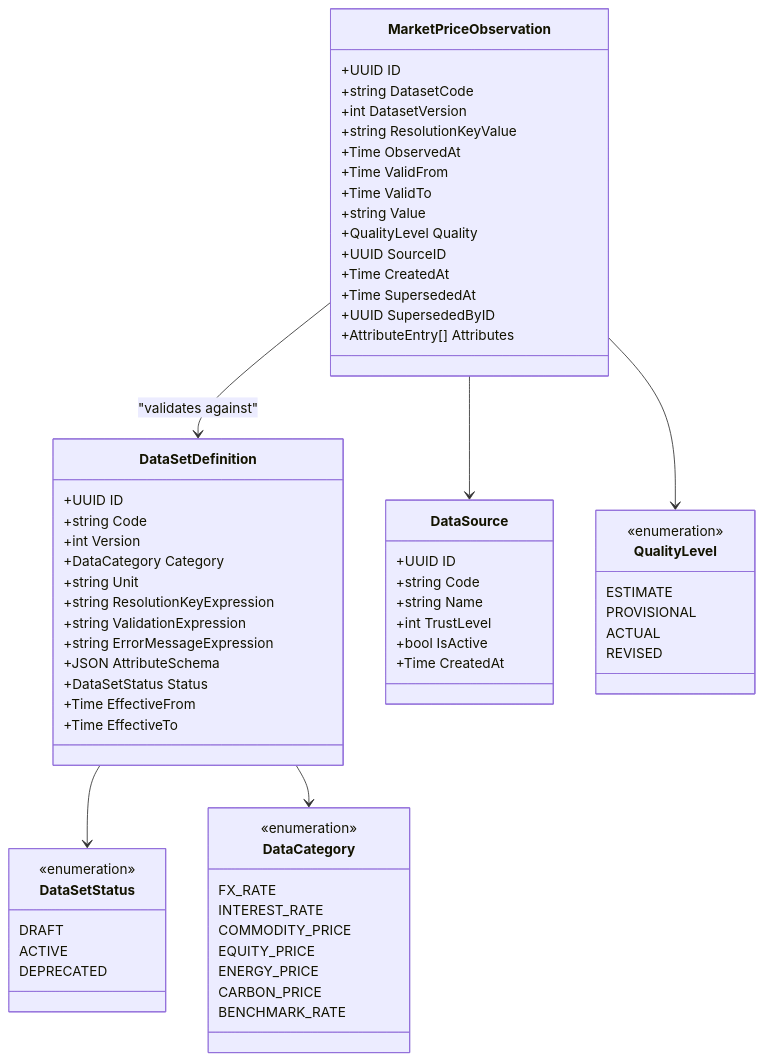
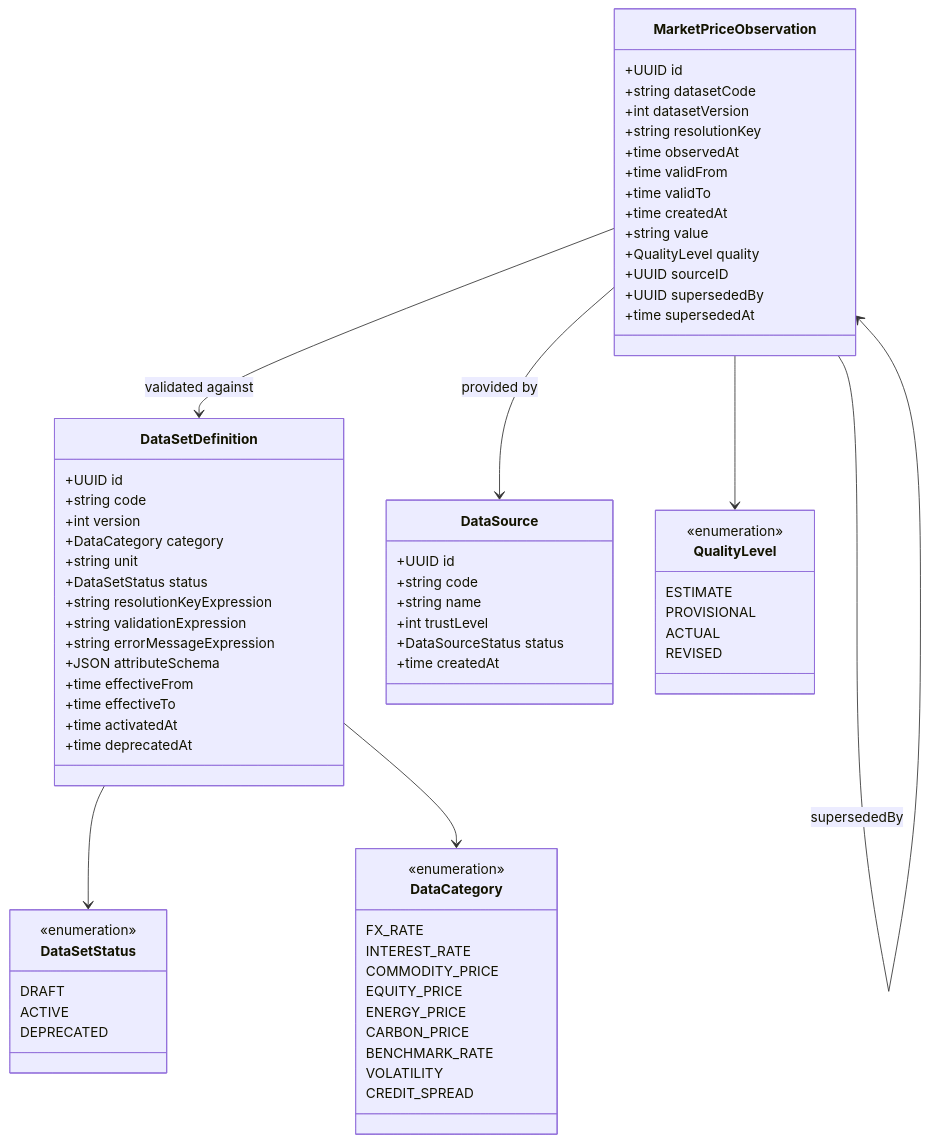
One commit to meridianhub/meridian changed the diagram in services/market-information/README.md. Above: the diagram before and after it, drawn with Mermaid. The commit also changed other lines of this file and 3 other files, not shown here.

````diff
--- a/services/market-information/README.md
+++ b/services/market-information/README.md
@@ -156,75 +69,79 @@
 ```mermaid
 classDiagram
     class DataSetDefinition {
-        +UUID ID
-        +string Code
-        +int Version
-        +DataCategory Category
-        +string Unit
-        +string ResolutionKeyExpression
-        +string ValidationExpression
-        +string ErrorMessageExpression
-        +JSON AttributeSchema
-        +DataSetStatus Status
-        +Time EffectiveFrom
-        +Time EffectiveTo
+        +UUID id
+        +string code
+        +int version
+        +DataCategory category
+        +string unit
+        +DataSetStatus status
+        +string resolutionKeyExpression
+        +string validationExpression
+        +string errorMessageExpression
+        +JSON attributeSchema
+        +time effectiveFrom
+        +time effectiveTo
+        +time activatedAt
+        +time deprecatedAt
     }
 
     class MarketPriceObservation {
-        +UUID ID
-        +string DatasetCode
-        +int DatasetVersion
-        +string ResolutionKeyValue
-        +Time ObservedAt
-        +Time ValidFrom
-        +Time ValidTo
-        +string Value
-        +QualityLevel Quality
-        +UUID SourceID
-        +Time CreatedAt
-        +Time SupersededAt
-        +UUID SupersededByID
-        +AttributeEntry[] Attributes
+        +UUID id
+        +string datasetCode
+        +int datasetVersion
+        +string resolutionKey
+        +time observedAt
+        +time validFrom
+        +time validTo
+        +time createdAt
+        +string value
+        +QualityLevel quality
+        +UUID sourceID
+        +UUID supersededBy
+        +time supersededAt
     }
 
     class DataSource {
-        +UUID ID
-        +string Code
-        +string Name
-        +int TrustLevel
-        +bool IsActive
-        +Time CreatedAt
-    }
-
-    class DataSetStatus {
-        <<enumeration>>
-        DRAFT
-        ACTIVE
-        DEPRECATED
+        +UUID id
+        +string code
+        +string name
+        +int trustLevel
+        +DataSourceStatus status
+        +time createdAt
     }
 
     class QualityLevel {
         <<enumeration>>
         ESTIMATE
         PROVISIONAL
         ACTUAL
         REVISED
+    }
+
+    class DataSetStatus {
+        <<enumeration>>
+        DRAFT
+        ACTIVE
+        DEPRECATED
     }
 
     class DataCategory {
         <<enumeration>>
         FX_RATE
         INTEREST_RATE
         COMMODITY_PRICE
         EQUITY_PRICE
         ENERGY_PRICE
         CARBON_PRICE
         BENCHMARK_RATE
+        VOLATILITY
+        CREDIT_SPREAD
     }
 
     DataSetDefinition --> DataSetStatus
     DataSetDefinition --> DataCategory
     MarketPriceObservation --> QualityLevel
-    MarketPriceObservation --> DataSource
-    MarketPriceObservation --> DataSetDefinition : "validates against"
+    MarketPriceObservation --> DataSource : provided by
+    MarketPriceObservation --> DataSetDefinition : validated against
+    MarketPriceObservation --> MarketPriceObservation : supersededBy
 ```
````
